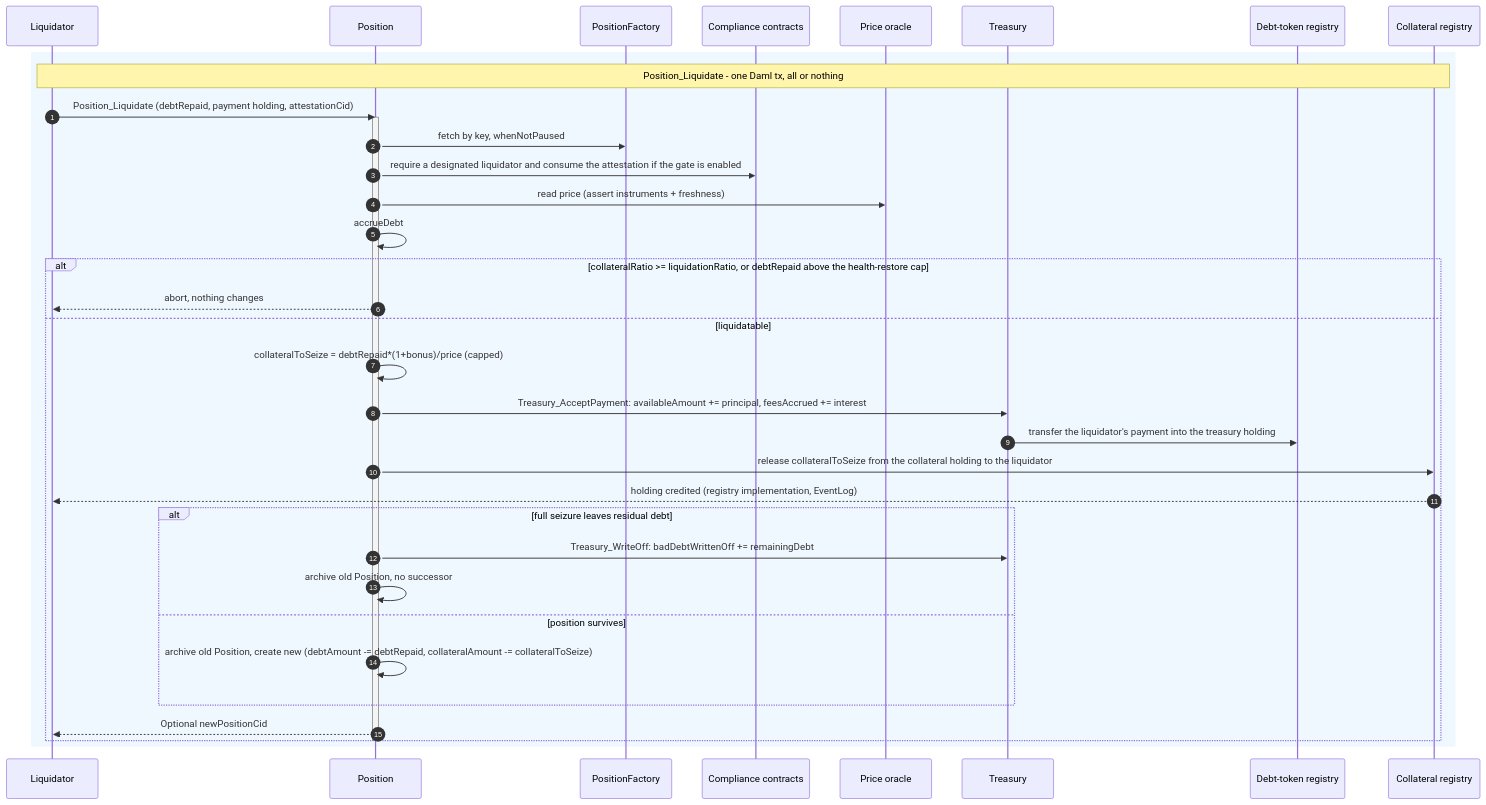
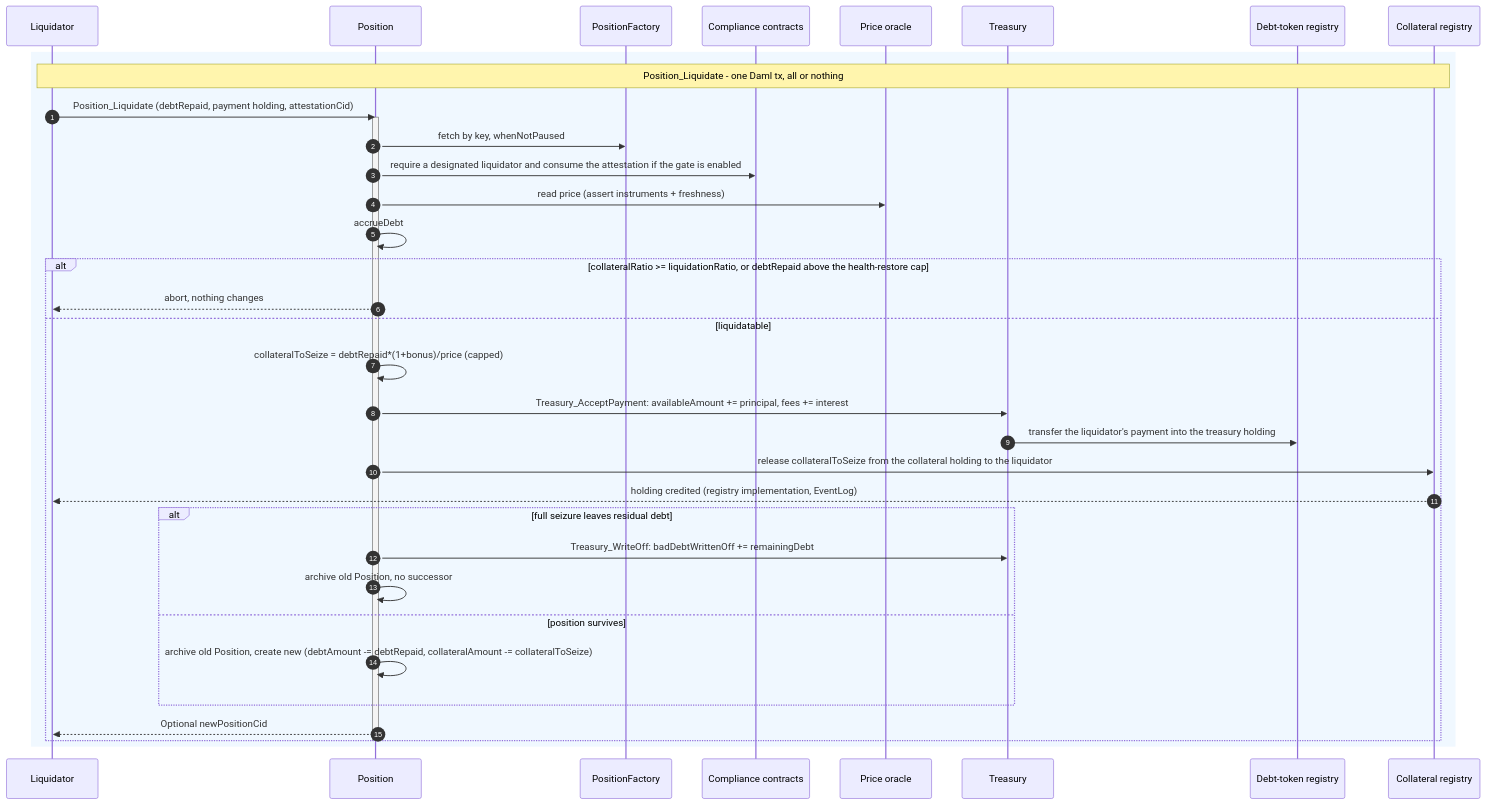
Before and after one commit to OpenZeppelin/canton-specs: the ninth of 9 diagrams in docs/reference-architectures/lending.md, drawn with Mermaid. The commit also changed other lines of this file, not shown here.

````diff
--- a/docs/reference-architectures/lending.md
+++ b/docs/reference-architectures/lending.md
@@ -477,39 +477,39 @@
 ```mermaid
 sequenceDiagram
     autonumber
     participant L as Liquidator
     participant P as Position
     participant F as PositionFactory
     participant C as Compliance contracts
     participant O as Price oracle
     participant T as Treasury
     participant RD as Debt-token registry
     participant RC as Collateral registry
 
     rect rgb(240, 248, 255)
     Note over L, RC: Position_Liquidate - one Daml tx, all or nothing
     L->>P: Position_Liquidate (debtRepaid, payment holding, attestationCid)
     activate P
     P->>F: fetch by key, whenNotPaused
     P->>C: require a designated liquidator and consume the attestation if the gate is enabled
     P->>O: read price (assert instruments + freshness)
     P->>P: accrueDebt
     alt collateralRatio >= liquidationRatio, or debtRepaid above the health-restore cap
         P-->>L: abort, nothing changes
     else liquidatable
         P->>P: collateralToSeize = debtRepaid*(1+bonus)/price (capped)
-        P->>T: Treasury_AcceptPayment: availableAmount += principal, feesAccrued += interest
+        P->>T: Treasury_AcceptPayment: availableAmount += principal, fees += interest
         T->>RD: transfer the liquidator's payment into the treasury holding
         P->>RC: release collateralToSeize from the collateral holding to the liquidator
         RC-->>L: holding credited (registry implementation, EventLog)
         alt full seizure leaves residual debt
             P->>T: Treasury_WriteOff: badDebtWrittenOff += remainingDebt
             P->>P: archive old Position, no successor
         else position survives
             P->>P: archive old Position, create new (debtAmount -= debtRepaid, collateralAmount -= collateralToSeize)
         end
         P-->>L: Optional newPositionCid
     end
     deactivate P
     end
 ```
````
